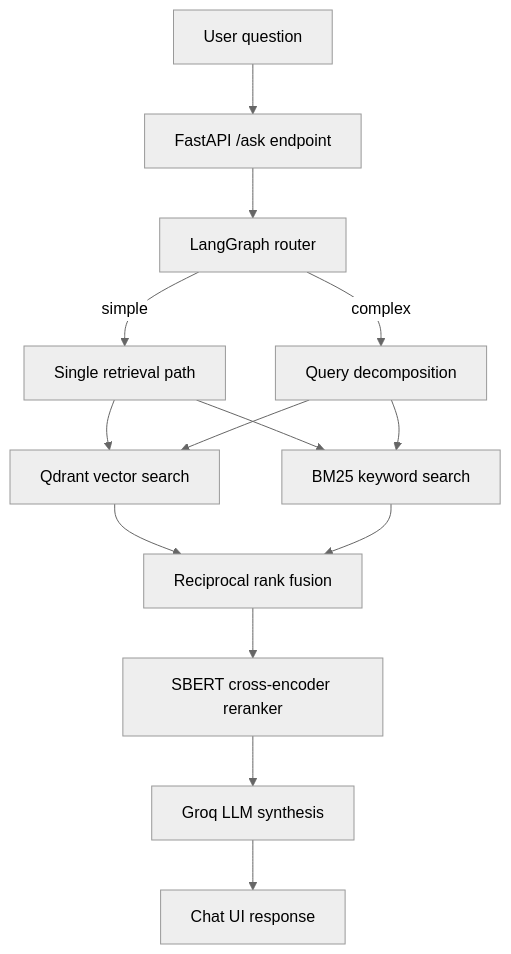
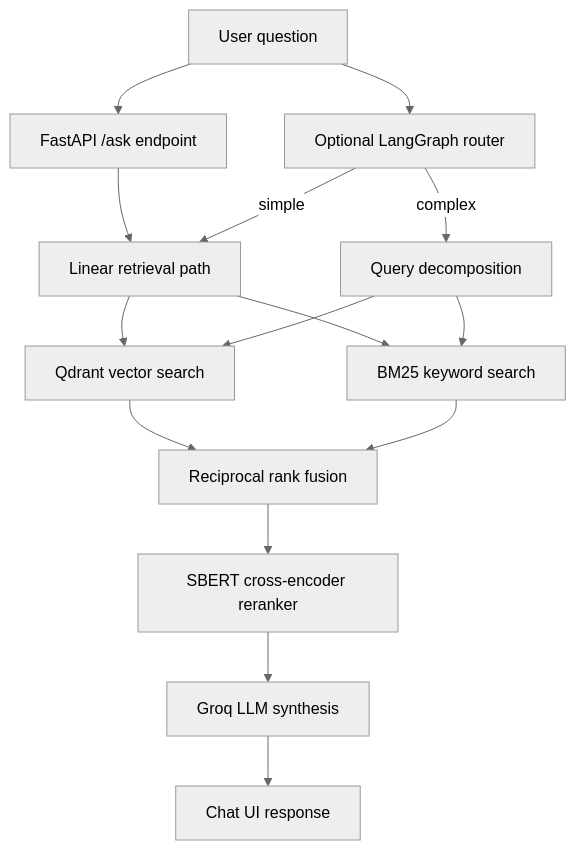
The diagram in README.md (prathima-sola/bloomington-rag), drawn with Mermaid (neutral theme) before and after one commit. The commit also changed other lines of this file and 39 other files, not shown here.

````diff
--- a/README.md
+++ b/README.md
@@ -11,16 +11,17 @@
 ```mermaid
 flowchart TD
     U["User question"] --> A["FastAPI /ask endpoint"]
-    A --> R["LangGraph router"]
-    R -->|simple| S["Single retrieval path"]
+    A --> S["Linear retrieval path"]
+    U --> R["Optional LangGraph router"]
+    R -->|simple| S
     R -->|complex| D["Query decomposition"]
     S --> V["Qdrant vector search"]
     D --> V
     S --> B["BM25 keyword search"]
     D --> B
     V --> F["Reciprocal rank fusion"]
     B --> F
     F --> C["SBERT cross-encoder reranker"]
     C --> G["Groq LLM synthesis"]
     G --> UI["Chat UI response"]
 ```
````
